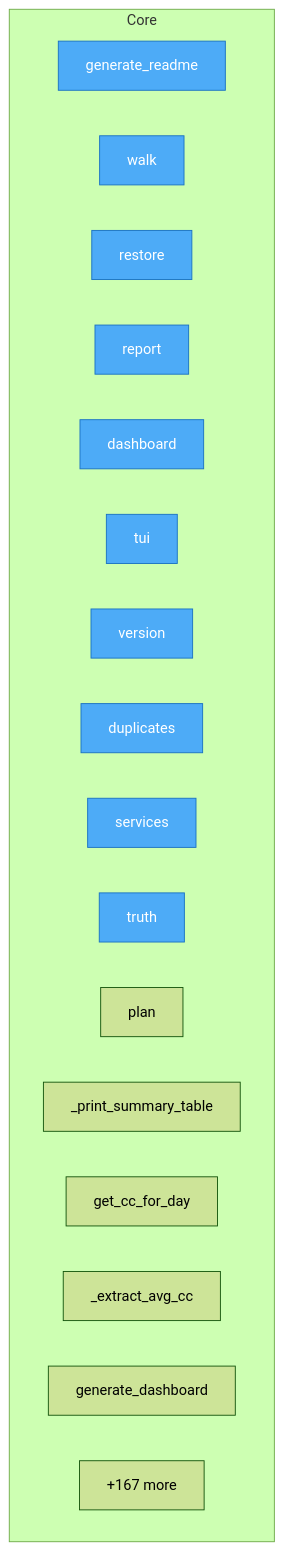
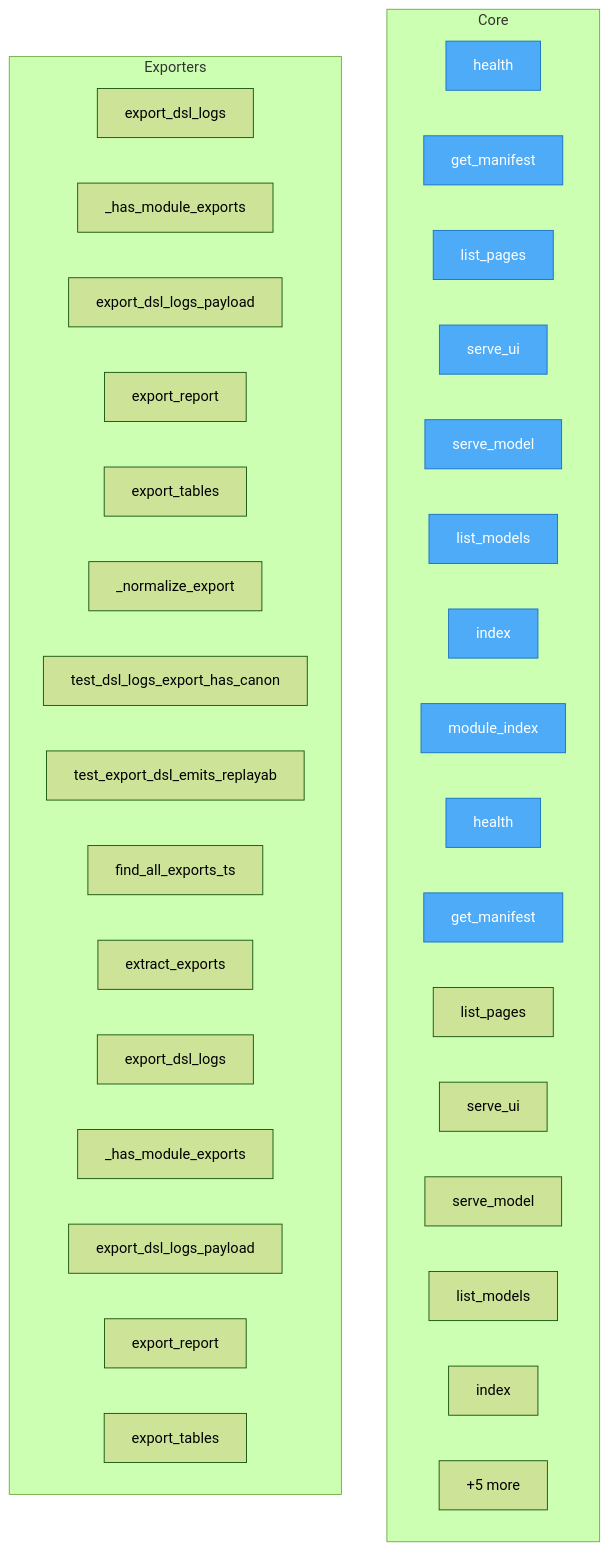
The diagram in project/flow.mmd (semcod/resplit), drawn with Mermaid (forest theme) before and after one commit. The commit also changed 30 other files, not shown here.

```diff
--- a/project/flow.mmd
+++ b/project/flow.mmd
@@ -1,25 +1,44 @@
 flowchart TD
 
     %% Entry points (blue)
     classDef entry fill:#4dabf7,stroke:#1971c2,color:#fff
 
     subgraph Core
-        docs__README__generate_readme["generate_readme"]
-        project__map__toon__walk["walk"]
-        project__map__toon__restore["restore"]
-        project__map__toon__report["report"]
-        project__map__toon__dashboard["dashboard"]
-        project__map__toon__tui["tui"]
-        project__map__toon__version["version"]
-        project__map__toon__duplicates["duplicates"]
-        project__map__toon__services["services"]
-        project__map__toon__truth["truth"]
-        project__map__toon__plan["plan"]
-        project__map__toon___print_summary_table["_print_summary_table"]
-        project__map__toon__get_cc_for_day["get_cc_for_day"]
-        project__map__toon___extract_avg_cc["_extract_avg_cc"]
-        project__map__toon__generate_dashboard["generate_dashboard"]
-        ...["+167 more"]
+        restored_c2004_health__api_health__backend__modules__connect_config_network__api__main__health["health"]
+        restored_c2004_health__api_health__backend__modules__connect_config_network__api__main__get_manifest["get_manifest"]
+        restored_c2004_health__api_health__backend__modules__connect_config_network__api__main__list_pages["list_pages"]
+        restored_c2004_health__api_health__backend__modules__connect_config_network__api__main__serve_ui["serve_ui"]
+        restored_c2004_health__api_health__backend__modules__connect_config_network__api__main__serve_model["serve_model"]
+        restored_c2004_health__api_health__backend__modules__connect_config_network__api__main__list_models["list_models"]
+        restored_c2004_health__api_health__backend__modules__connect_config_network__api__main__index["index"]
+        restored_c2004_health__api_health__backend__modules__connect_config_network__api__main__module_index["module_index"]
+        restored_c2004_health__api_health__backend__modules__connect_id_user_list__api__main__health["health"]
+        restored_c2004_health__api_health__backend__modules__connect_id_user_list__api__main__get_manifest["get_manifest"]
+        restored_c2004_health__api_health__backend__modules__connect_id_user_list__api__main__list_pages["list_pages"]
+        restored_c2004_health__api_health__backend__modules__connect_id_user_list__api__main__serve_ui["serve_ui"]
+        restored_c2004_health__api_health__backend__modules__connect_id_user_list__api__main__serve_model["serve_model"]
+        restored_c2004_health__api_health__backend__modules__connect_id_user_list__api__main__list_models["list_models"]
+        restored_c2004_health__api_health__backend__modules__connect_id_user_list__api__main__index["index"]
+        ...["+5443 more"]
     end
 
-    class docs__README__generate_readme,project__map__toon__walk,project__map__toon__restore,project__map__toon__report,project__map__toon__dashboard,project__map__toon__tui,project__map__toon__version,project__map__toon__duplicates,project__map__toon__services,project__map__toon__truth entry
+    subgraph Exporters
+        SUMD__export_dsl_logs["export_dsl_logs"]
+        SUMD___has_module_exports["_has_module_exports"]
+        SUMD__export_dsl_logs_payload["export_dsl_logs_payload"]
+        SUMD__export_report["export_report"]
+        SUMD__export_tables["export_tables"]
+        SUMD___normalize_export["_normalize_export"]
+        SUMD__test_dsl_logs_export_has_canonical_logs_route_and_dsl_alias["test_dsl_logs_export_has_canon"]
+        SUMD__test_export_dsl_emits_replayable_api_lines_and_comments_unknown_entries["test_export_dsl_emits_replayab"]
+        SUMD__find_all_exports_ts["find_all_exports_ts"]
+        SUMD__extract_exports["extract_exports"]
+        project__map__toon__export_dsl_logs["export_dsl_logs"]
+        project__map__toon___has_module_exports["_has_module_exports"]
+        project__map__toon__export_dsl_logs_payload["export_dsl_logs_payload"]
+        project__map__toon__export_report["export_report"]
+        project__map__toon__export_tables["export_tables"]
+        ...["+5 more"]
+    end
+
+    class restored_c2004_health__api_health__backend__modules__connect_config_network__api__main__health,restored_c2004_health__api_health__backend__modules__connect_config_network__api__main__get_manifest,restored_c2004_health__api_health__backend__modules__connect_config_network__api__main__list_pages,restored_c2004_health__api_health__backend__modules__connect_config_network__api__main__serve_ui,restored_c2004_health__api_health__backend__modules__connect_config_network__api__main__serve_model,restored_c2004_health__api_health__backend__modules__connect_config_network__api__main__list_models,restored_c2004_health__api_health__backend__modules__connect_config_network__api__main__index,restored_c2004_health__api_health__backend__modules__connect_config_network__api__main__module_index,restored_c2004_health__api_health__backend__modules__connect_id_user_list__api__main__health,restored_c2004_health__api_health__backend__modules__connect_id_user_list__api__main__get_manifest entry
```
